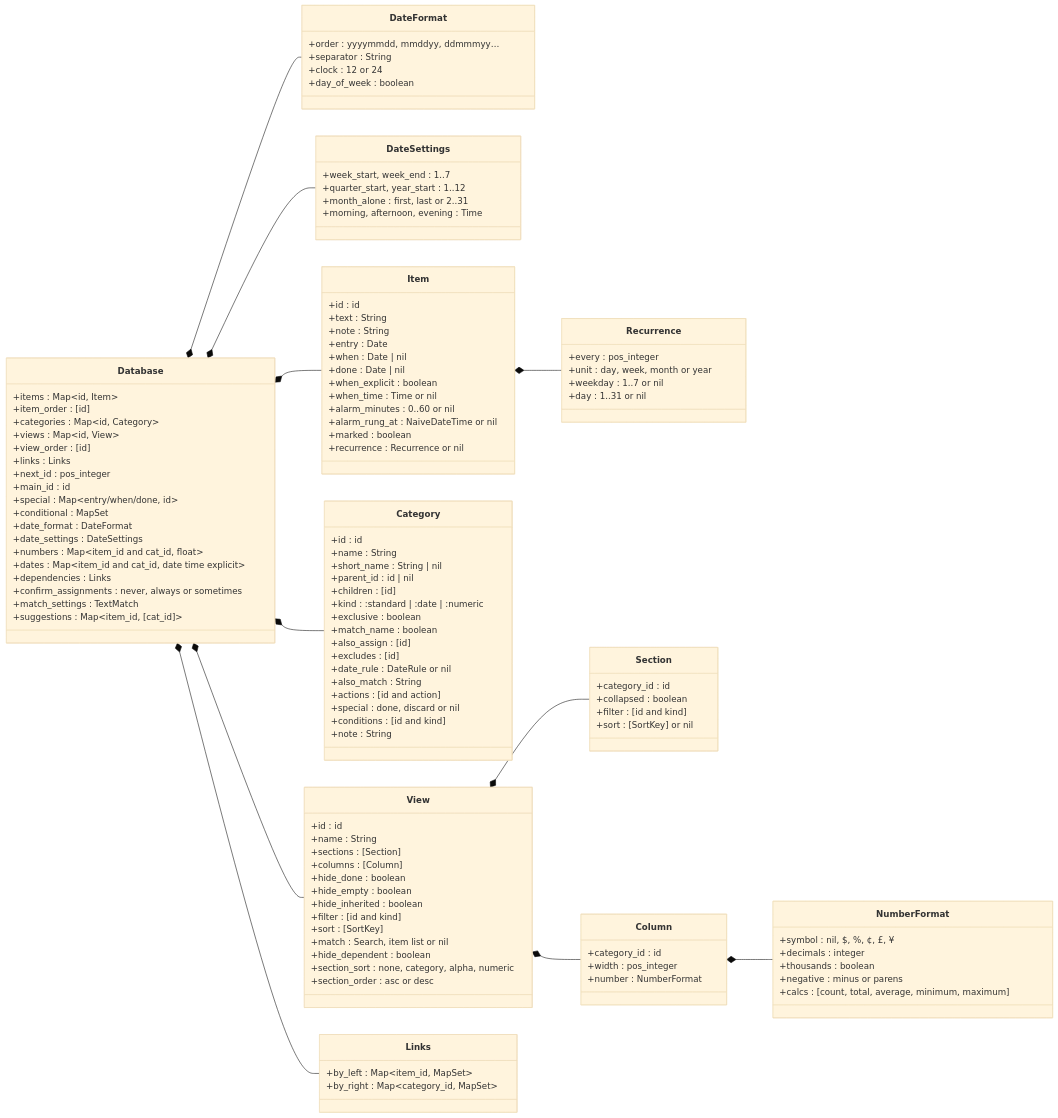
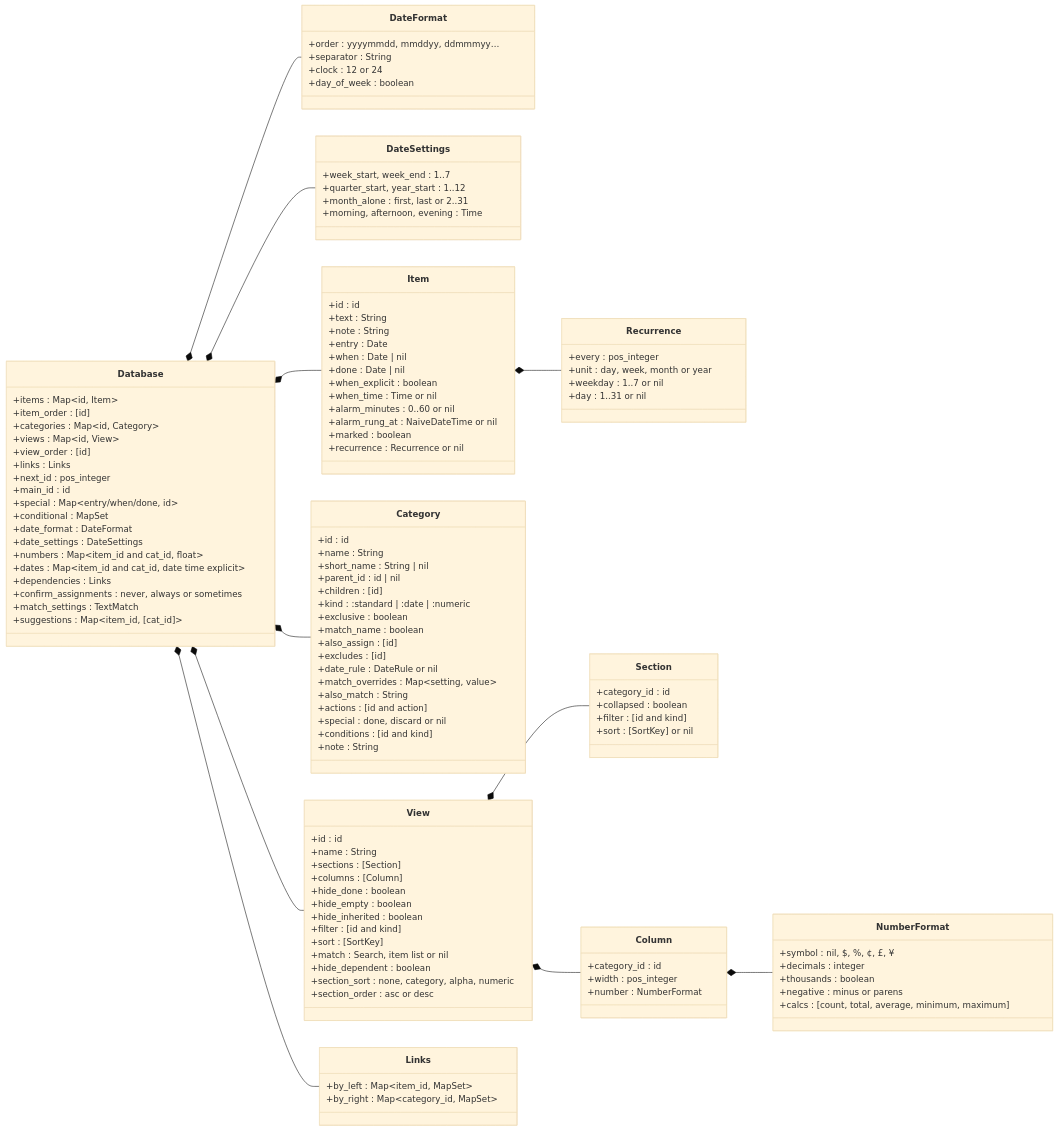
One commit to jamting/agendum changed the second of 6 diagrams in docs/DATA_MODEL.md. Above: the diagram before and after it, drawn with Mermaid (base theme). The commit also changed other lines of this file and 14 other files, not shown here.

```diff
--- a/docs/DATA_MODEL.md
+++ b/docs/DATA_MODEL.md
@@ -175,6 +176,7 @@
         +also_assign : [id]
         +excludes : [id]
         +date_rule : DateRule or nil
+        +match_overrides : Map~setting, value~
         +also_match : String
         +actions : [id and action]
         +special : done, discard or nil
```
